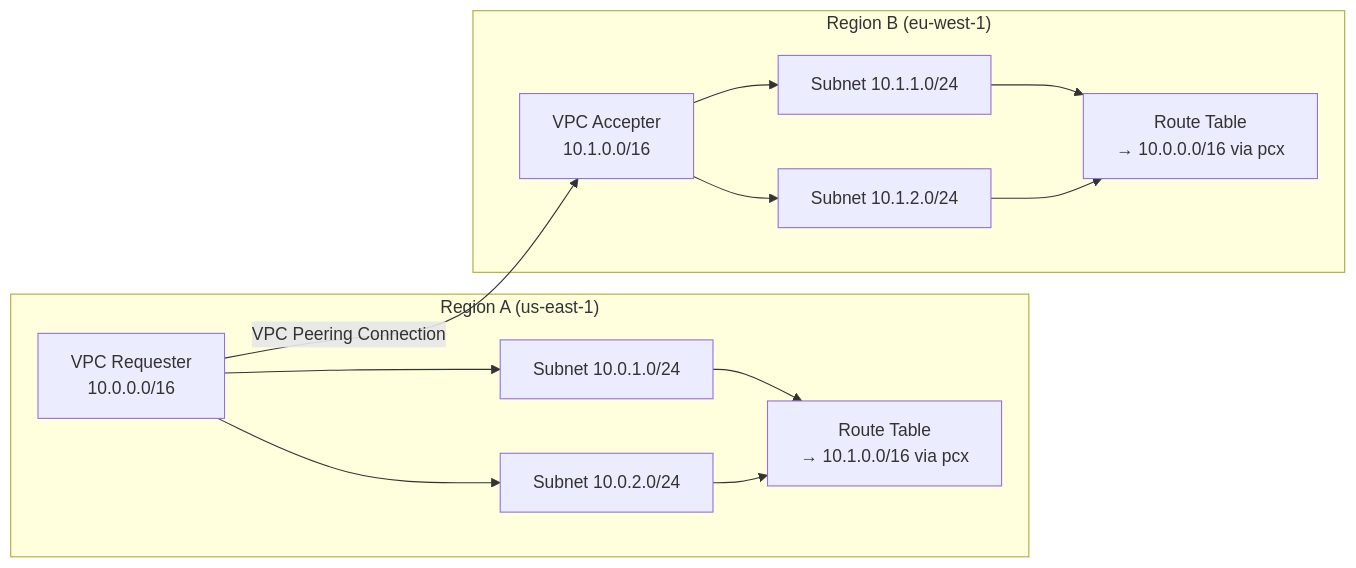
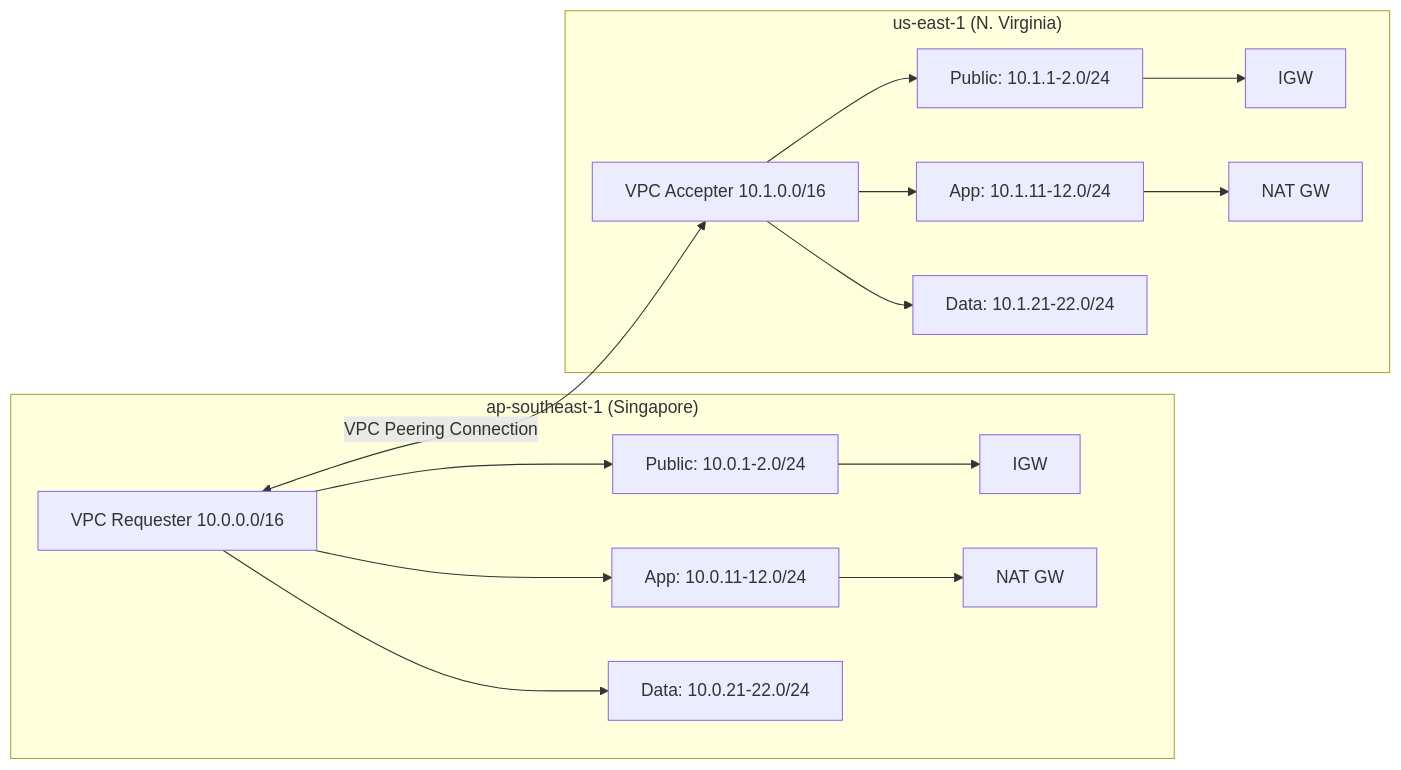
One commit to duynhlab/tf-ministack-local changed the second of 6 diagrams in docs/README.md. Above: the diagram before and after it, drawn with Mermaid. The commit also changed other lines of this file and 22 other files, not shown here.

````diff
--- a/docs/README.md
+++ b/docs/README.md
@@ -15,26 +87,32 @@
 ```mermaid
 graph LR
-    subgraph "Region A (us-east-1)"
-        VA[VPC Requester<br/>10.0.0.0/16]
-        SA1[Subnet 10.0.1.0/24]
-        SA2[Subnet 10.0.2.0/24]
-        RTA[Route Table<br/>→ 10.1.0.0/16 via pcx]
-        VA --> SA1
-        VA --> SA2
-        SA1 --> RTA
-        SA2 --> RTA
+    subgraph reqRegion ["ap-southeast-1 (Singapore)"]
+        VA["VPC Requester 10.0.0.0/16"]
+        REQ_PUB["Public: 10.0.1-2.0/24"]
+        REQ_APP["App: 10.0.11-12.0/24"]
+        REQ_DATA["Data: 10.0.21-22.0/24"]
+        REQ_IGW["IGW"]
+        REQ_NAT["NAT GW"]
+        VA --> REQ_PUB
+        VA --> REQ_APP
+        VA --> REQ_DATA
+        REQ_PUB --> REQ_IGW
+        REQ_APP --> REQ_NAT
     end
     
-    subgraph "Region B (eu-west-1)"
-        VB[VPC Accepter<br/>10.1.0.0/16]
-        SB1[Subnet 10.1.1.0/24]
-        SB2[Subnet 10.1.2.0/24]
-        RTB[Route Table<br/>→ 10.0.0.0/16 via pcx]
-        VB --> SB1
-        VB --> SB2
-        SB1 --> RTB
-        SB2 --> RTB
+    subgraph accRegion ["us-east-1 (N. Virginia)"]
+        VB["VPC Accepter 10.1.0.0/16"]
+        ACC_PUB["Public: 10.1.1-2.0/24"]
+        ACC_APP["App: 10.1.11-12.0/24"]
+        ACC_DATA["Data: 10.1.21-22.0/24"]
+        ACC_IGW["IGW"]
+        ACC_NAT["NAT GW"]
+        VB --> ACC_PUB
+        VB --> ACC_APP
+        VB --> ACC_DATA
+        ACC_PUB --> ACC_IGW
+        ACC_APP --> ACC_NAT
     end
     
-    VA -->|VPC Peering Connection| VB
+    VA <-->|"VPC Peering Connection"| VB
 ```
````
